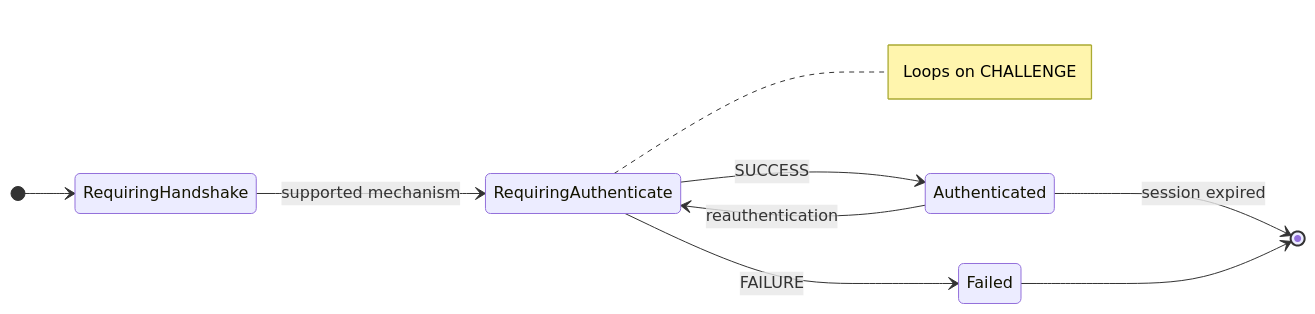
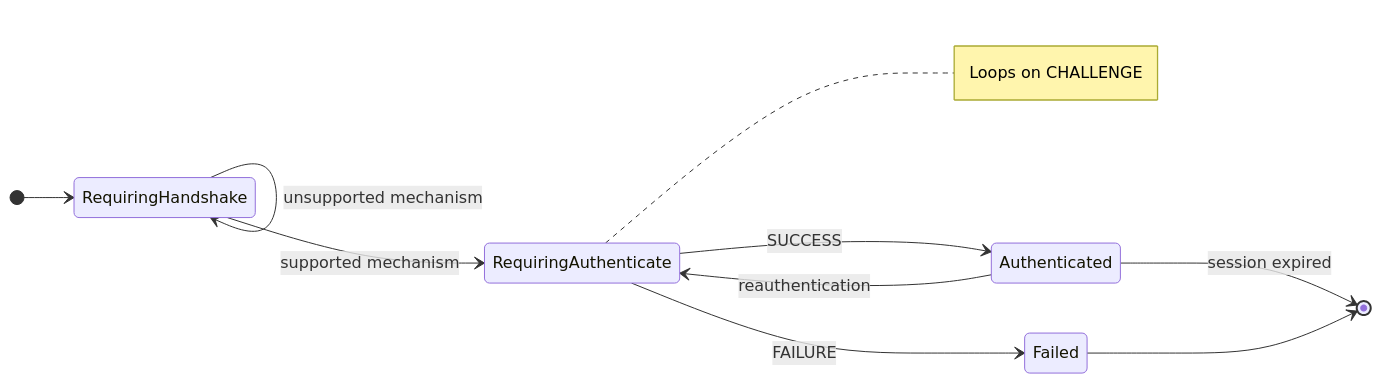
One commit to kroxylicious/design changed the third of 3 diagrams in proposals/124-sasl-termination.md. Above: the diagram before and after it, drawn with Mermaid. The commit also changed other lines of this file, not shown here.

First line of the commit message:
docs(proposal): internalize mechanism handling, add unsupported mechanism to state machine, restructure filter description

````diff
--- a/proposals/124-sasl-termination.md
+++ b/proposals/124-sasl-termination.md
@@ -179,12 +158,13 @@
 ```mermaid
 stateDiagram-v2
     direction LR
     [*] --> RequiringHandshake
+    RequiringHandshake --> RequiringHandshake : unsupported mechanism
     RequiringHandshake --> RequiringAuthenticate : supported mechanism
     note right of RequiringAuthenticate : Loops on CHALLENGE
     RequiringAuthenticate --> Authenticated : SUCCESS
     RequiringAuthenticate --> Failed : FAILURE
     Authenticated --> RequiringAuthenticate : reauthentication
     Authenticated --> [*] : session expired
     Failed --> [*]
 ```
````
